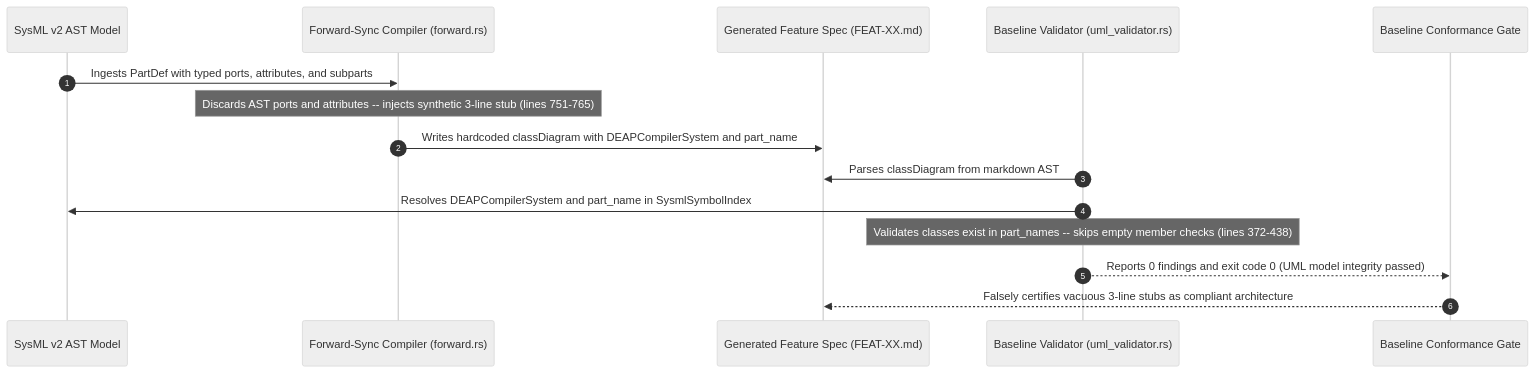
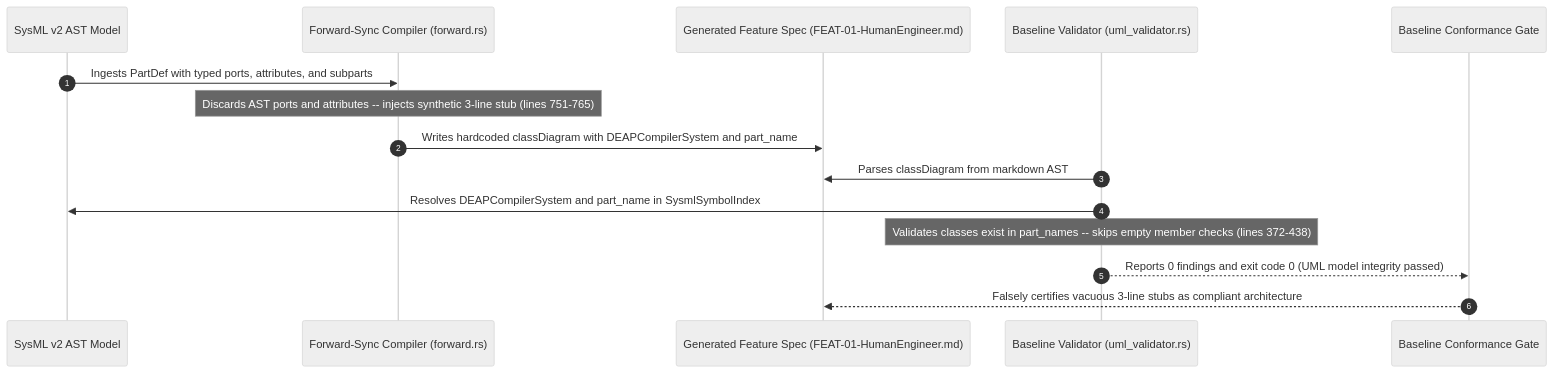
One commit to gintatkinson/dumpiler-01 changed diagram 18 of 20 in docs/reports/MERMAID_RENDERING_VERIFICATION.md. Above: the diagram before and after it, drawn with Mermaid (neutral theme). The commit also changed other lines of this file and 218 other files, not shown here.

````diff
--- a/docs/reports/MERMAID_RENDERING_VERIFICATION.md
+++ b/docs/reports/MERMAID_RENDERING_VERIFICATION.md
@@ -779,18 +781,18 @@
 ```mermaid
 sequenceDiagram
     autonumber
     participant SysML as SysML v2 AST Model
     participant Compiler as Forward-Sync Compiler (forward.rs)
-    participant Spec as Generated Feature Spec (FEAT-XX.md)
+    participant Spec as Generated Feature Spec (FEAT-01-HumanEngineer.md)
     participant Validator as Baseline Validator (uml_validator.rs)
     participant CI as Baseline Conformance Gate
 
     SysML->>Compiler: Ingests PartDef with typed ports, attributes, and subparts
     Note over Compiler: Discards AST ports and attributes -- injects synthetic 3-line stub (lines 751-765)
     Compiler->>Spec: Writes hardcoded classDiagram with DEAPCompilerSystem and part_name
     Validator->>Spec: Parses classDiagram from markdown AST
     Validator->>SysML: Resolves DEAPCompilerSystem and part_name in SysmlSymbolIndex
     Note over Validator: Validates classes exist in part_names -- skips empty member checks (lines 372-438)
     Validator-->>CI: Reports 0 findings and exit code 0 (UML model integrity passed)
     CI-->>Spec: Falsely certifies vacuous 3-line stubs as compliant architecture
 ```
````
